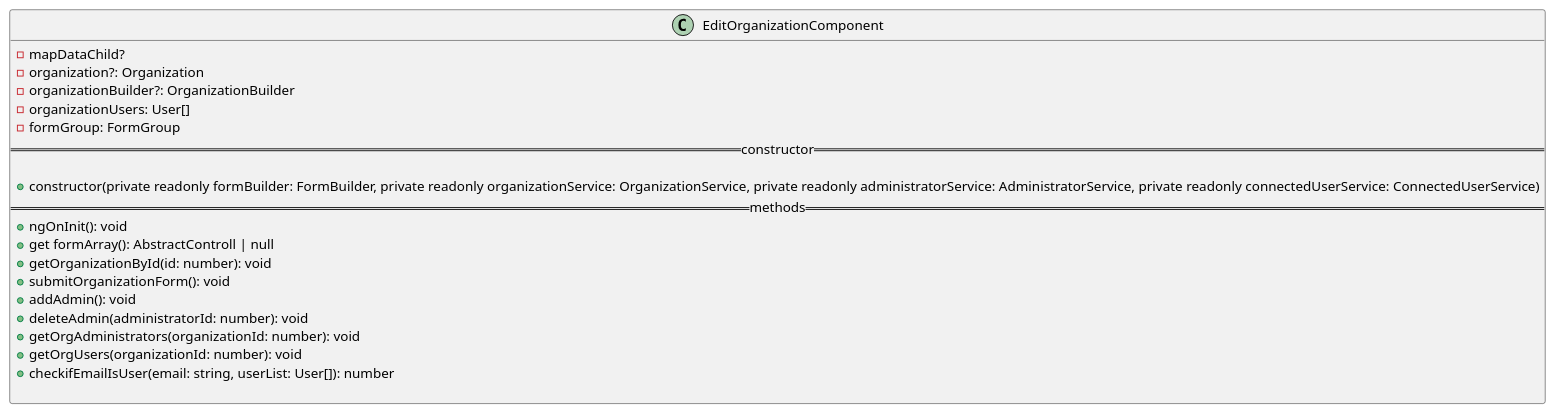
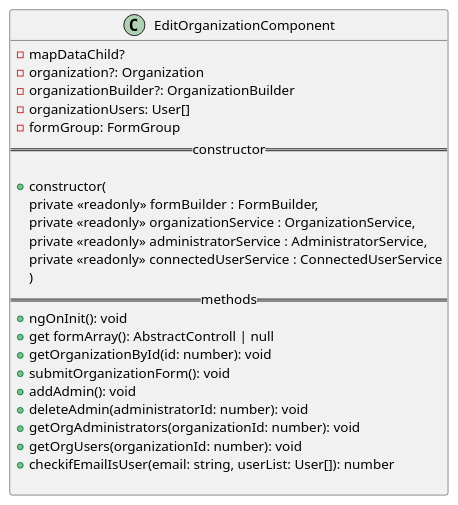
Before and after one commit to GruppOne/stalker-web-app: the diagram in docs/diagrams/view/routes/editorganizationcomponent.pu, drawn with PlantUML. The commit also changed 12 other files, not shown here.

Commit message:
docs: add newlines to better rendering of diagrams

```diff
--- a/docs/diagrams/view/routes/editorganizationcomponent.pu
+++ b/docs/diagrams/view/routes/editorganizationcomponent.pu
@@ -1,23 +1,28 @@
 @startuml EditOrganizationComponent
 class EditOrganizationComponent {
   - mapDataChild?
   - organization?: Organization
   - organizationBuilder?: OrganizationBuilder
   - organizationUsers: User[]
   - formGroup: FormGroup
   == constructor ==
 
-  + constructor(private readonly formBuilder: FormBuilder, private readonly organizationService: OrganizationService, private readonly administratorService: AdministratorService, private readonly connectedUserService: ConnectedUserService)
+  + constructor(
+    private <<readonly>> formBuilder : FormBuilder,
+    private <<readonly>> organizationService : OrganizationService,
+    private <<readonly>> administratorService : AdministratorService,
+    private <<readonly>> connectedUserService : ConnectedUserService
+    )
   == methods ==
   + ngOnInit(): void
   + get formArray(): AbstractControll | null
   + getOrganizationById(id: number): void
   + submitOrganizationForm(): void
   + addAdmin(): void
   + deleteAdmin(administratorId: number): void
   + getOrgAdministrators(organizationId: number): void
   + getOrgUsers(organizationId: number): void
   + checkifEmailIsUser(email: string, userList: User[]): number
 
 }
 @enduml
```
